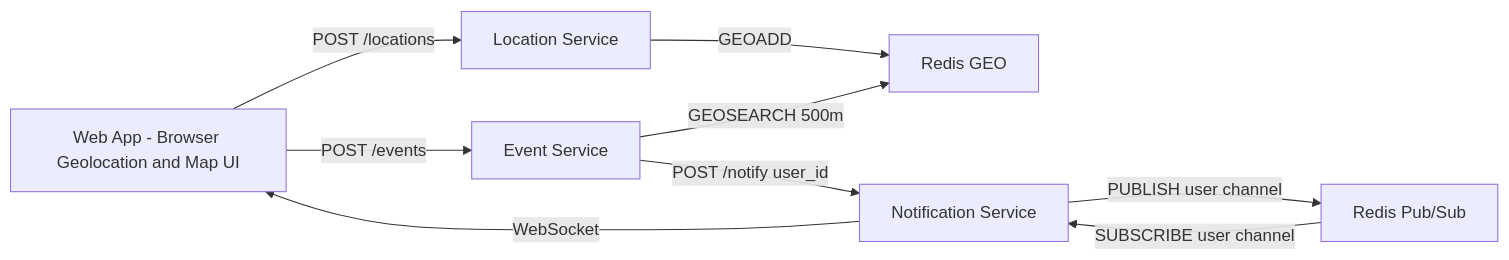
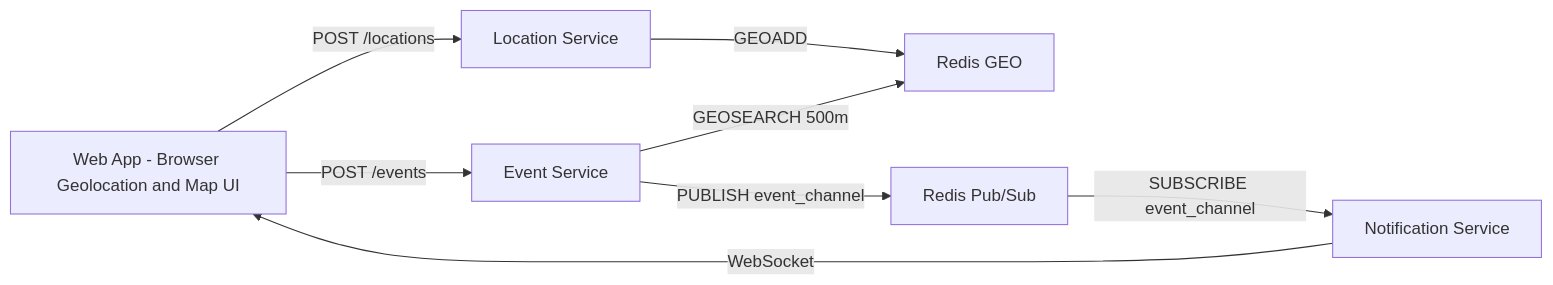
One commit to PattyShih/realtime_map_notice changed the diagram in system.md. Above: the diagram before and after it, drawn with Mermaid. The commit also changed other lines of this file and 12 other files, not shown here.

First line of the commit message:
docs: 全面更新文件以反映 Redis Pub/Sub 架構與最新功能

````diff
--- a/system.md
+++ b/system.md
@@ -19,11 +19,10 @@
 ```mermaid
 flowchart LR
     App["Web App - Browser Geolocation and Map UI"] -->|"POST /locations"| Location["Location Service"]
     Location -->|"GEOADD"| RedisGeo["Redis GEO"]
     App -->|"POST /events"| Event["Event Service"]
     Event -->|"GEOSEARCH 500m"| RedisGeo
-    Event -->|"POST /notify user_id"| Notify["Notification Service"]
-    Notify -->|"PUBLISH user channel"| RedisPubSub["Redis Pub/Sub"]
-    RedisPubSub -->|"SUBSCRIBE user channel"| Notify
+    Event -->|"PUBLISH event_channel"| RedisPubSub["Redis Pub/Sub"]
+    RedisPubSub -->|"SUBSCRIBE event_channel"| Notify["Notification Service"]
     Notify -->|"WebSocket"| App
 ```
````
